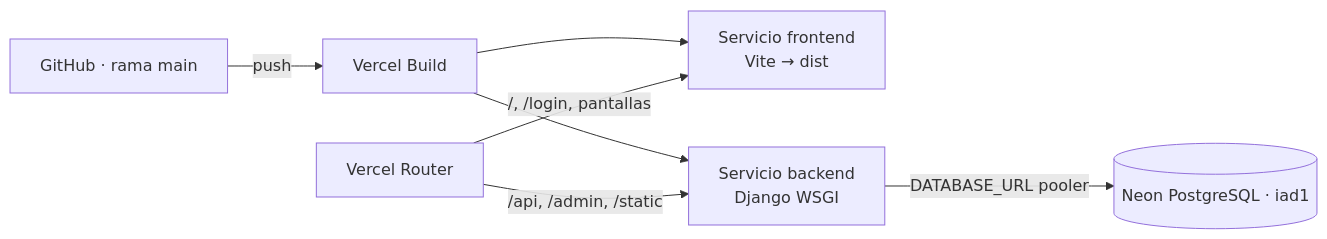
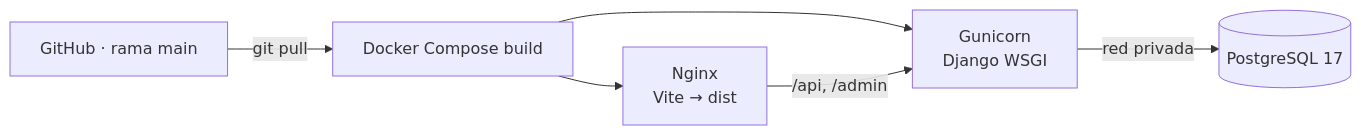
One commit to FelipeCCAA/CCAA changed the third of 5 diagrams in docs/ARQUITECTURA_FLUJOS_BIZAGI_ESCALABILIDAD.md. Above: the diagram before and after it, drawn with Mermaid. The commit also changed other lines of this file and 20 other files, not shown here.

````diff
--- a/docs/ARQUITECTURA_FLUJOS_BIZAGI_ESCALABILIDAD.md
+++ b/docs/ARQUITECTURA_FLUJOS_BIZAGI_ESCALABILIDAD.md
@@ -101,9 +101,8 @@
 ```mermaid
 flowchart LR
-    GH[GitHub · rama main] -->|push| BUILD[Vercel Build]
-    BUILD --> FE[Servicio frontend\nVite → dist]
-    BUILD --> BE[Servicio backend\nDjango WSGI]
-    ROUTER[Vercel Router] -->|/, /login, pantallas| FE
-    ROUTER -->|/api, /admin, /static| BE
-    BE -->|DATABASE_URL pooler| DB[(Neon PostgreSQL · iad1)]
+    GH[GitHub · rama main] -->|git pull| BUILD[Docker Compose build]
+    BUILD --> FE[Nginx\nVite → dist]
+    BUILD --> BE[Gunicorn\nDjango WSGI]
+    FE -->|/api, /admin| BE
+    BE -->|red privada| DB[(PostgreSQL 17)]
 ```
````
